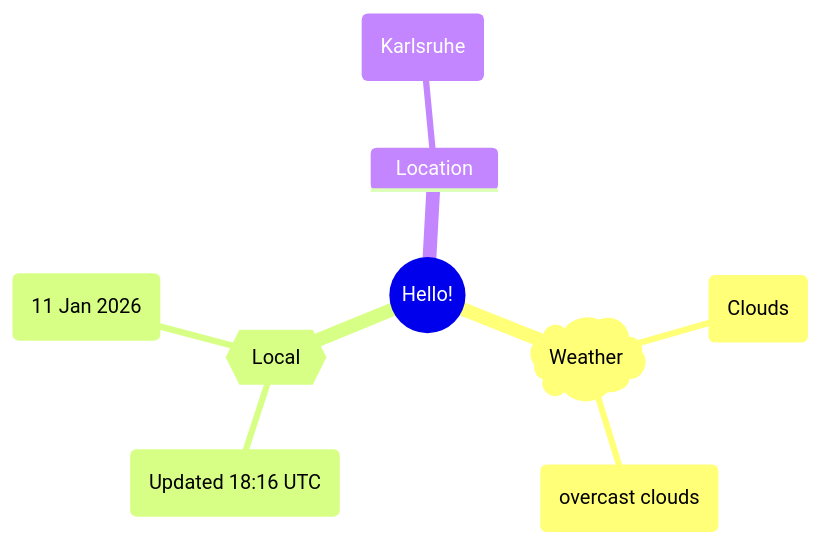
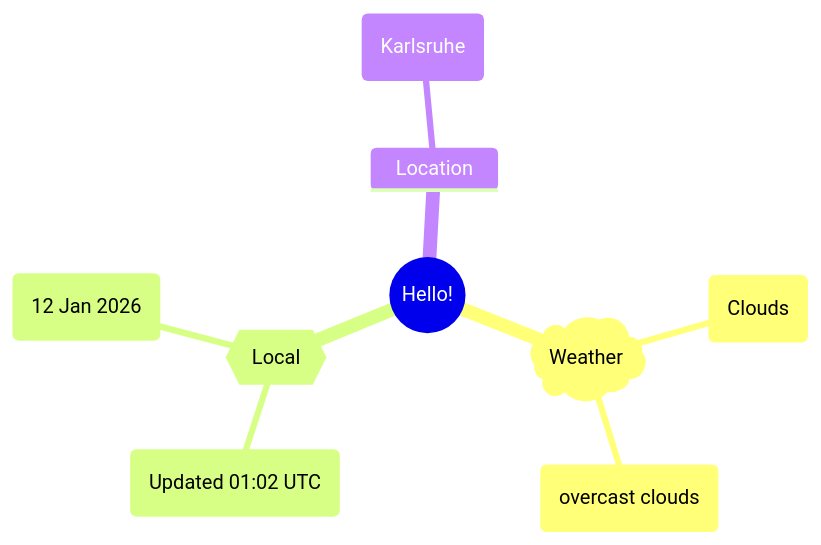
The first of 2 diagrams in README.md (Xosrov/Xosrov), drawn with Mermaid before and after one commit.

Commit message:
[bot] updated images

````diff
--- a/README.md
+++ b/README.md
@@ -3,12 +3,12 @@
 ```mermaid
 mindmap
   root((Hello!))
     )Weather(
         (Clouds)
         (overcast clouds)
     {{Local}}
-        (Updated 18:16 UTC)
-        (11 Jan 2026)
+        (Updated 01:02 UTC)
+        (12 Jan 2026)
     Location
         (Karlsruhe)
 ```
````
